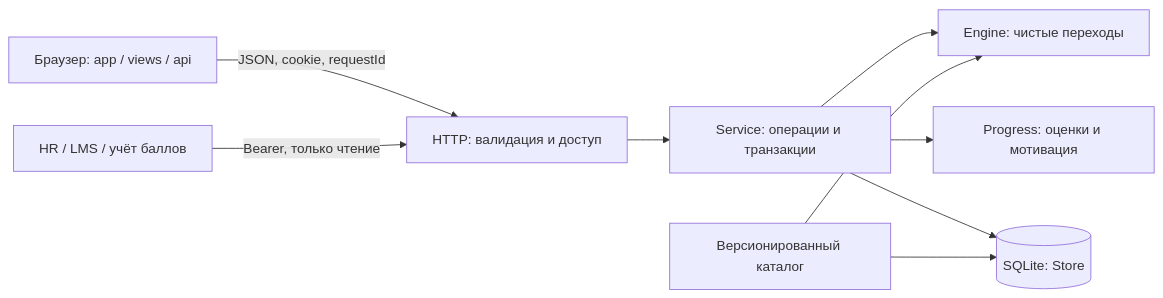
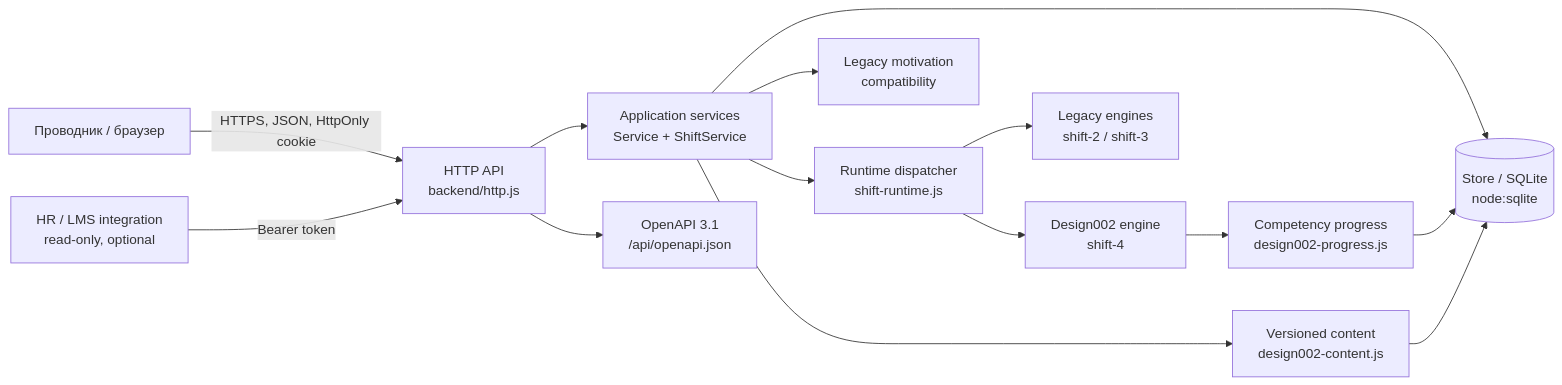
One commit to RomaGrach/mt-hackathon changed the first of 4 diagrams in docs/ARCHITECTURE.md. Above: the diagram before and after it, drawn with Mermaid. The commit also changed other lines of this file, not shown here.

Commit message:
docs: align architecture with Design002 shift-4

````diff
--- a/docs/ARCHITECTURE.md
+++ b/docs/ARCHITECTURE.md
@@ -7,11 +9,16 @@
-```mermaid
+~~~mermaid
 flowchart LR
-  B[Браузер: app / views / api] -->|JSON, cookie, requestId| H[HTTP: валидация и доступ]
-  H --> S[Service: операции и транзакции]
-  S --> E[Engine: чистые переходы]
-  S --> P[Progress: оценки и мотивация]
-  S --> D[(SQLite: Store)]
-  C[Версионированный каталог] --> E
-  C --> D
-  HR[HR / LMS / учёт баллов] -->|Bearer, только чтение| H
-```
+  U[Проводник / браузер] -->|HTTPS, JSON, HttpOnly cookie| H[HTTP API<br/>backend/http.js]
+  H --> S[Application services<br/>Service + ShiftService]
+  S --> R[Runtime dispatcher<br/>shift-runtime.js]
+  R --> E4[Design002 engine<br/>shift-4]
+  R --> EL[Legacy engines<br/>shift-2 / shift-3]
+  S --> C[Versioned content<br/>design002-content.js]
+  E4 --> CP[Competency progress<br/>design002-progress.js]
+  S --> M[Legacy motivation<br/>compatibility]
+  S --> DB[(Store / SQLite<br/>node:sqlite)]
+  CP --> DB
+  C --> DB
+  H --> O[OpenAPI 3.1<br/>/api/openapi.json]
+  I[HR / LMS integration<br/>read-only, optional] -->|Bearer token| H
+~~~
````
